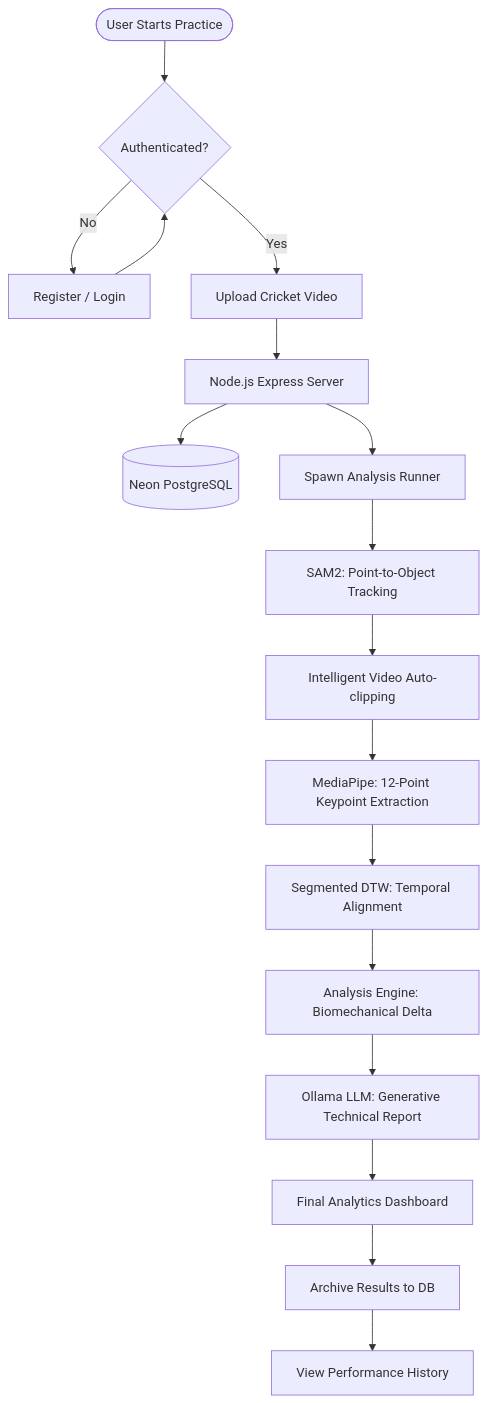
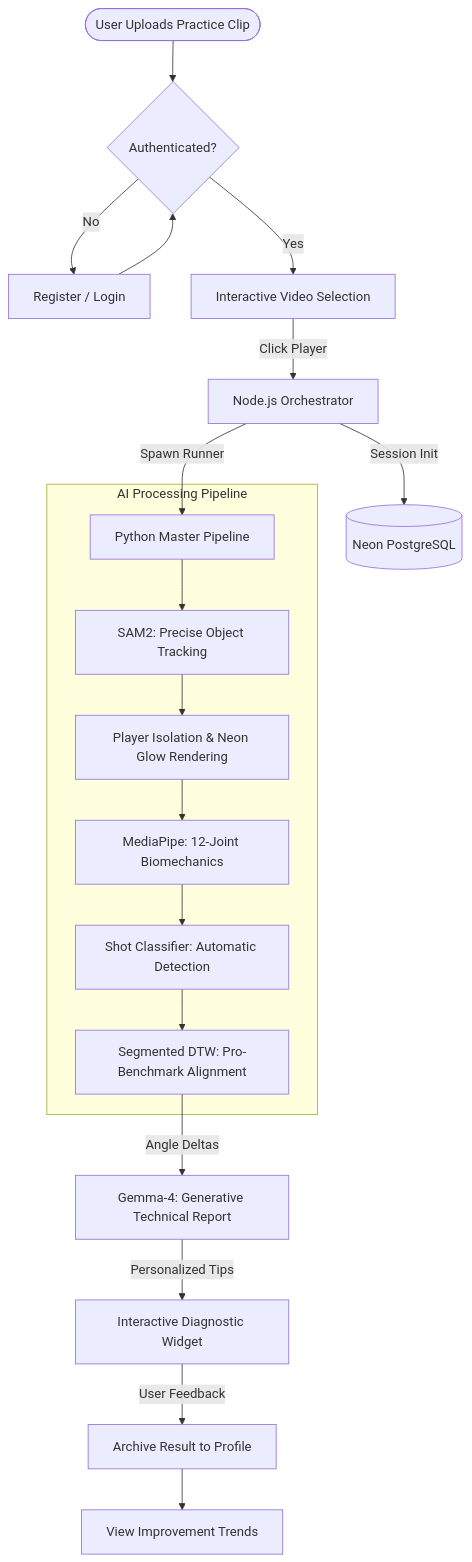
The first of 2 diagrams in README.md (milansinghal2004/AthletiQ), drawn with Mermaid before and after one commit. The commit also changed other lines of this file, not shown here.

Commit message:
Update readme and diagrams

````diff
--- a/README.md
+++ b/README.md
@@ -36,24 +34,26 @@
 ```mermaid
 flowchart TD
-    Start([User Starts Practice]) --> Login{Authenticated?}
-    Login -- No --> Register[Register / Login]
-    Register --> Login
-    Login -- Yes --> Upload[Upload Cricket Video]
+    Start([User Uploads Practice Clip]) --> Auth{Authenticated?}
+    Auth -- No --> Reg[Register / Login]
+    Reg --> Auth
+    Auth -- Yes --> Select[Interactive Video Selection]
     
-    Upload --> NodeSrv[Node.js Express Server]
-    NodeSrv --> DB[(Neon PostgreSQL)]
+    Select --> |Click Player| NodeSrv[Node.js Orchestrator]
+    NodeSrv --> |Session Init| DB[(Neon PostgreSQL)]
     
-    NodeSrv --> PythonLaunch[Spawn Analysis Runner]
-    PythonLaunch --> SAM2[SAM2: Point-to-Object Tracking]
-    SAM2 --> Autoclip[Intelligent Video Auto-clipping]
+    NodeSrv --> |Spawn Runner| Pipe[Python Master Pipeline]
     
-    Autoclip --> MP[MediaPipe: 12-Point Keypoint Extraction]
-    MP --> DTW[Segmented DTW: Temporal Alignment]
+    subgraph "AI Processing Pipeline"
+        Pipe --> SAM2[SAM2: Precise Object Tracking]
+        SAM2 --> Isolator[Player Isolation & Neon Glow Rendering]
+        Isolator --> Pose[MediaPipe: 12-Joint Biomechanics]
+        Pose --> Shot[Shot Classifier: Automatic Detection]
+        Shot --> Sync[Segmented DTW: Pro-Benchmark Alignment]
+    end
     
-    DTW --> AI_Eng[Analysis Engine: Biomechanical Delta]
-    AI_Eng --> Ollama[Ollama LLM: Generative Technical Report]
+    Sync --> |Angle Deltas| LLM[Gemma-4: Generative Technical Report]
+    LLM --> |Personalized Tips| UI[Interactive Diagnostic Widget]
     
-    Ollama --> Result[Final Analytics Dashboard]
-    Result --> Save[Archive Results to DB]
-    Save --> History[View Performance History]
+    UI --> |User Feedback| Save[Archive Result to Profile]
+    Save --> History[View Improvement Trends]
 ```
````
